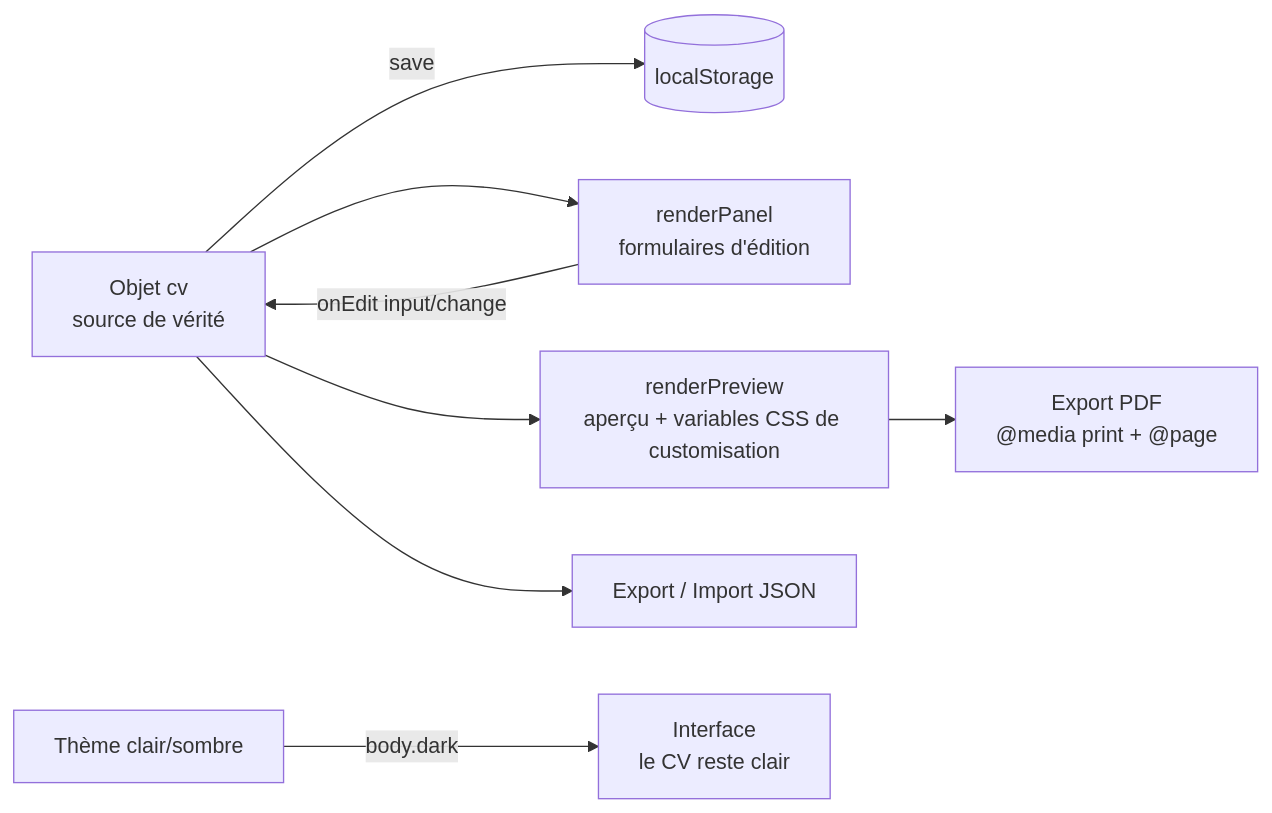
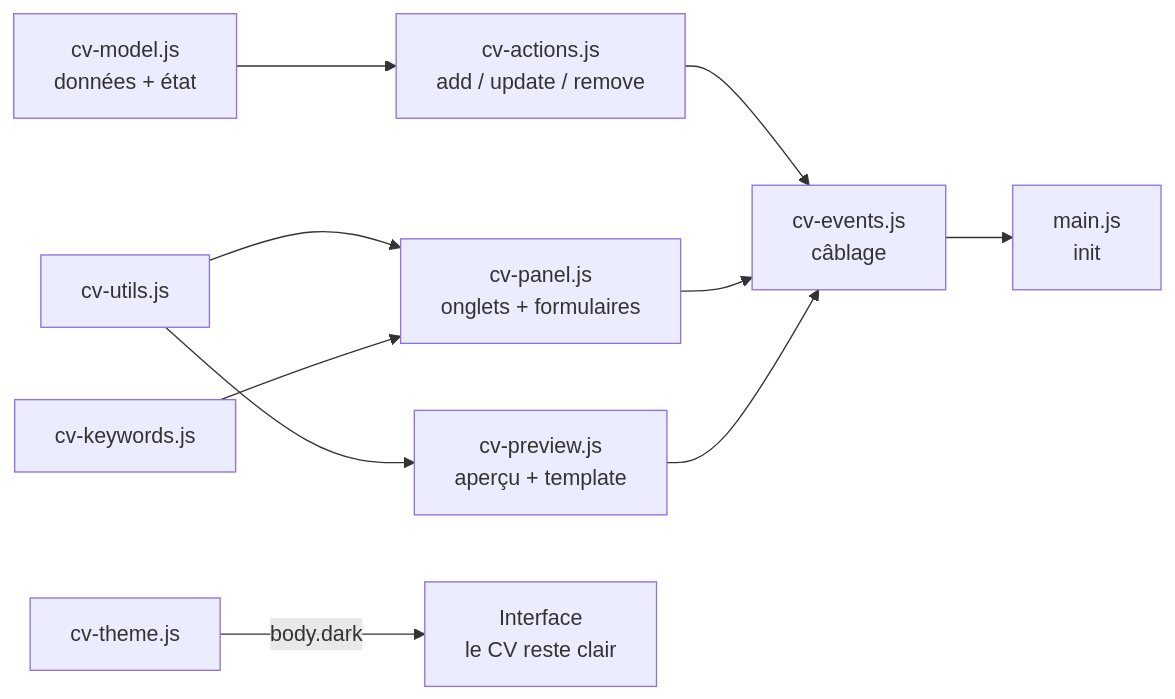
The diagram in README.md (LepetitPortfolio/CV-Editor), drawn with Mermaid before and after one commit. The commit also changed other lines of this file, not shown here.

First line of the commit message:
Document modular architecture and CV features

````diff
--- a/README.md
+++ b/README.md
@@ -62,10 +74,12 @@
 ```mermaid
 flowchart LR
-    A[Objet cv<br/>source de vérité] -->|save| B[(localStorage)]
-    A --> C[renderPanel<br/>formulaires d'édition]
-    A --> D[renderPreview<br/>aperçu + variables CSS de customisation]
-    C -->|onEdit input/change| A
-    D --> E[Export PDF<br/>@media print + @page]
-    A --> F[Export / Import JSON]
-    G[Thème clair/sombre] -->|body.dark| H[Interface<br/>le CV reste clair]
+    M[cv-model.js<br/>données + état] --> A[cv-actions.js<br/>add / update / remove]
+    U[cv-utils.js] --> P[cv-panel.js<br/>onglets + formulaires]
+    U --> V[cv-preview.js<br/>aperçu + template]
+    K[cv-keywords.js] --> P
+    A --> E[cv-events.js<br/>câblage]
+    P --> E
+    V --> E
+    E --> I[main.js<br/>init]
+    G[cv-theme.js] -->|body.dark| H[Interface<br/>le CV reste clair]
 ```
````
